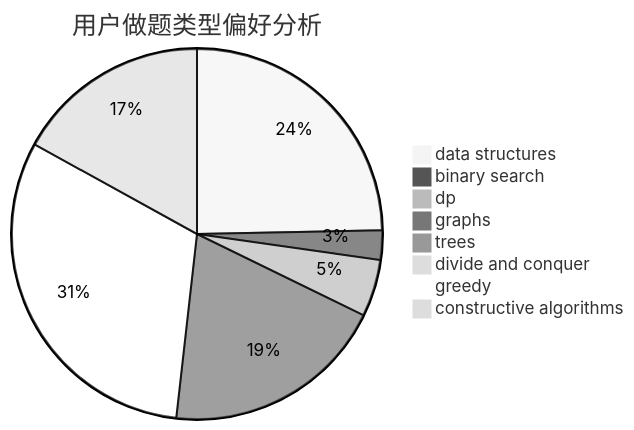
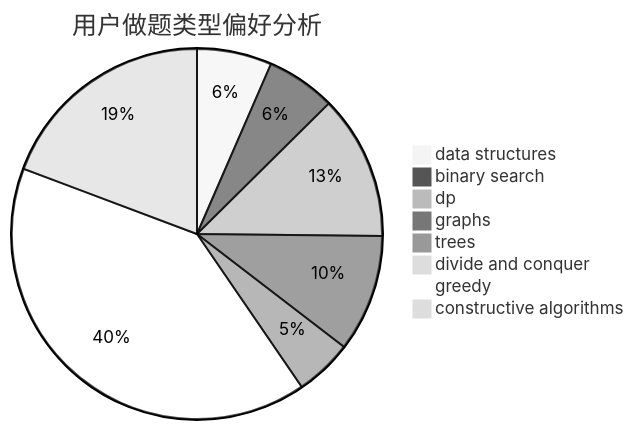
The second of 3 diagrams in docs/user/u2025.md (sherpahu/cfrs.github.io), drawn with Mermaid (neutral theme) before and after one commit. The commit also changed other lines of this file and 2770 other files, not shown here.

````diff
--- a/docs/user/u2025.md
+++ b/docs/user/u2025.md
@@ -23,11 +23,11 @@
 ```mermaid
 pie title 用户做题类型偏好分析
-    "data structures" :  545
-    "binary search" :  57
-    "dp" :  110
-    "graphs" :  432
-    "trees" :  17
-    "divide and conquer" :  0
-    "greedy" :  690
-    "constructive algorithms" :  375
+    "data structures" :  121
+    "binary search" :  112
+    "dp" :  233
+    "graphs" :  190
+    "trees" :  93
+    "divide and conquer" :  12
+    "greedy" :  746
+    "constructive algorithms" :  357
 ```
````
